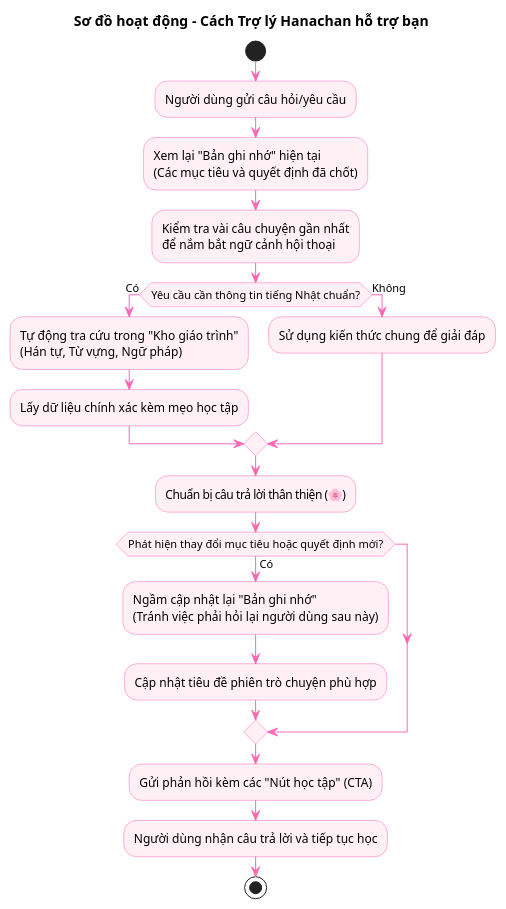
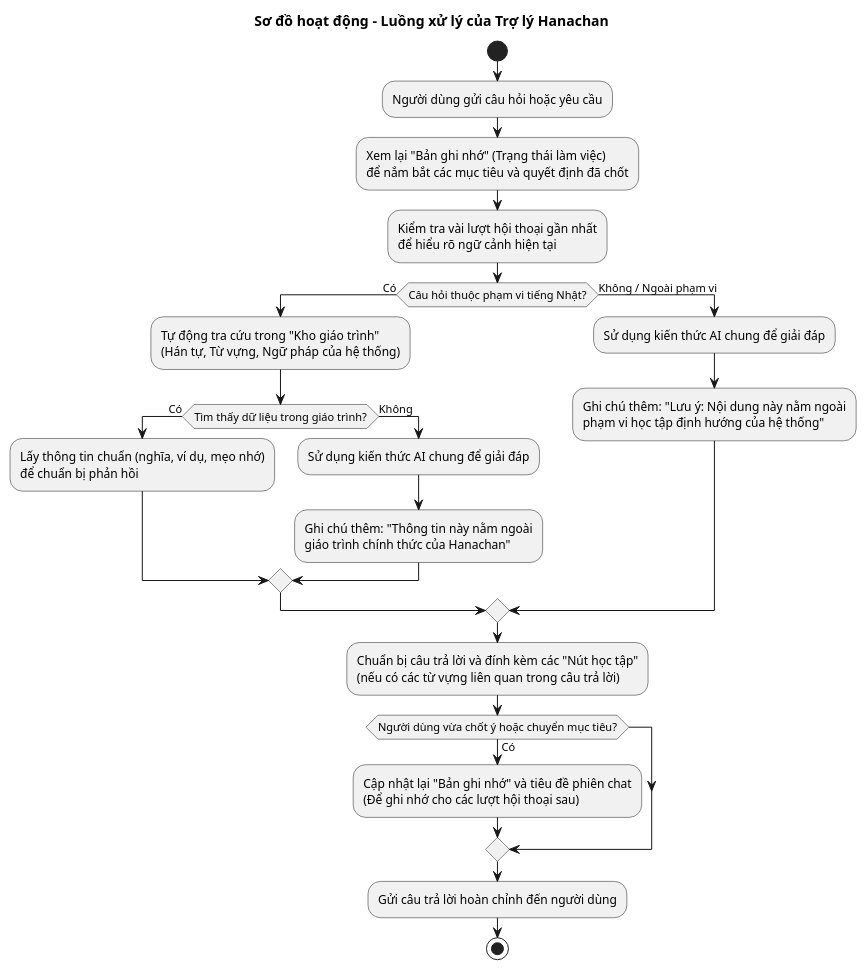
One commit to anhtranguyen-github/Hanachan changed the diagram in docs/businessflow/chatbot_logic_flow.puml. Above: the diagram before and after it, drawn with PlantUML.

Commit message:
docs: update chatbot flow to monochrome and add out-of-scope logic

```diff
--- a/docs/businessflow/chatbot_logic_flow.puml
+++ b/docs/businessflow/chatbot_logic_flow.puml
@@ -1,34 +1,37 @@
 @startuml
-title Sơ đồ hoạt động - Cách Trợ lý Hanachan hỗ trợ bạn
+title Sơ đồ hoạt động - Luồng xử lý của Trợ lý Hanachan
+skinparam monochrome true
 skinparam shadowing false
-skinparam ArrowColor #FF69B4
-skinparam ActivityBackgroundColor #FFF0F5
-skinparam ActivityBorderColor #FF69B4
 skinparam DefaultFontName "Segoe UI"
 
 start
-:Người dùng gửi câu hỏi/yêu cầu;
+:Người dùng gửi câu hỏi hoặc yêu cầu;
 
-:Xem lại "Bản ghi nhớ" hiện tại\n(Các mục tiêu và quyết định đã chốt);
+:Xem lại "Bản ghi nhớ" (Trạng thái làm việc)\nđể nắm bắt các mục tiêu và quyết định đã chốt;
 
-:Kiểm tra vài câu chuyện gần nhất\nđể nắm bắt ngữ cảnh hội thoại;
+:Kiểm tra vài lượt hội thoại gần nhất\nđể hiểu rõ ngữ cảnh hiện tại;
 
-if (Yêu cầu cần thông tin tiếng Nhật chuẩn?) then (Có)
-  :Tự động tra cứu trong "Kho giáo trình"\n(Hán tự, Từ vựng, Ngữ pháp);
-  :Lấy dữ liệu chính xác kèm mẹo học tập;
-else (Không)
-  :Sử dụng kiến thức chung để giải đáp;
+if (Câu hỏi thuộc phạm vi tiếng Nhật?) then (Có)
+  :Tự động tra cứu trong "Kho giáo trình"\n(Hán tự, Từ vựng, Ngữ pháp của hệ thống);
+  
+  if (Tìm thấy dữ liệu trong giáo trình?) then (Có)
+    :Lấy thông tin chuẩn (nghĩa, ví dụ, mẹo nhớ)\nđể chuẩn bị phản hồi;
+  else (Không)
+    :Sử dụng kiến thức AI chung để giải đáp;
+    :Ghi chú thêm: "Thông tin này nằm ngoài\ngiáo trình chính thức của Hanachan";
+  endif
+  
+else (Không / Ngoài phạm vi)
+  :Sử dụng kiến thức AI chung để giải đáp;
+  :Ghi chú thêm: "Lưu ý: Nội dung này nằm ngoài\nphạm vi học tập định hướng của hệ thống";
 endif
 
-:Chuẩn bị câu trả lời thân thiện (🌸);
+:Chuẩn bị câu trả lời và đính kèm các "Nút học tập"\n(nếu có các từ vựng liên quan trong câu trả lời);
 
-if (Phát hiện thay đổi mục tiêu hoặc quyết định mới?) then (Có)
-  :Ngầm cập nhật lại "Bản ghi nhớ"\n(Tránh việc phải hỏi lại người dùng sau này);
-  :Cập nhật tiêu đề phiên trò chuyện phù hợp;
+if (Người dùng vừa chốt ý hoặc chuyển mục tiêu?) then (Có)
+  :Cập nhật lại "Bản ghi nhớ" và tiêu đề phiên chat\n(Để ghi nhớ cho các lượt hội thoại sau);
 endif
 
-:Gửi phản hồi kèm các "Nút học tập" (CTA);
-
-:Người dùng nhận câu trả lời và tiếp tục học;
+:Gửi câu trả lời hoàn chỉnh đến người dùng;
 stop
 @enduml
```
